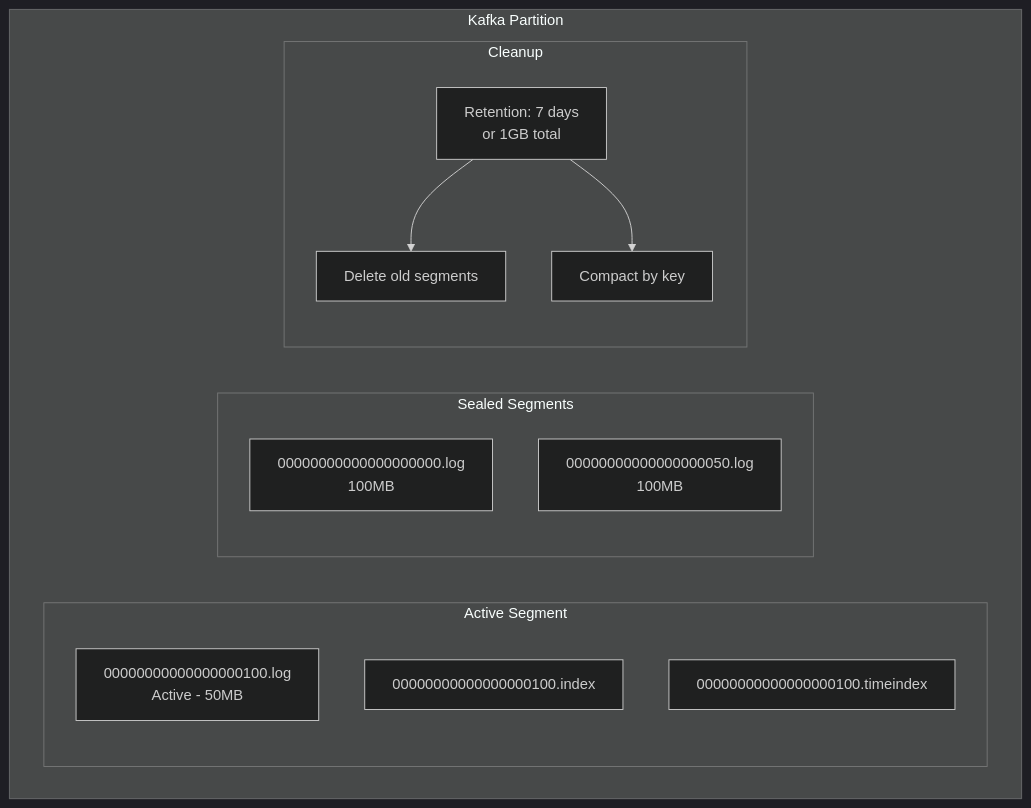
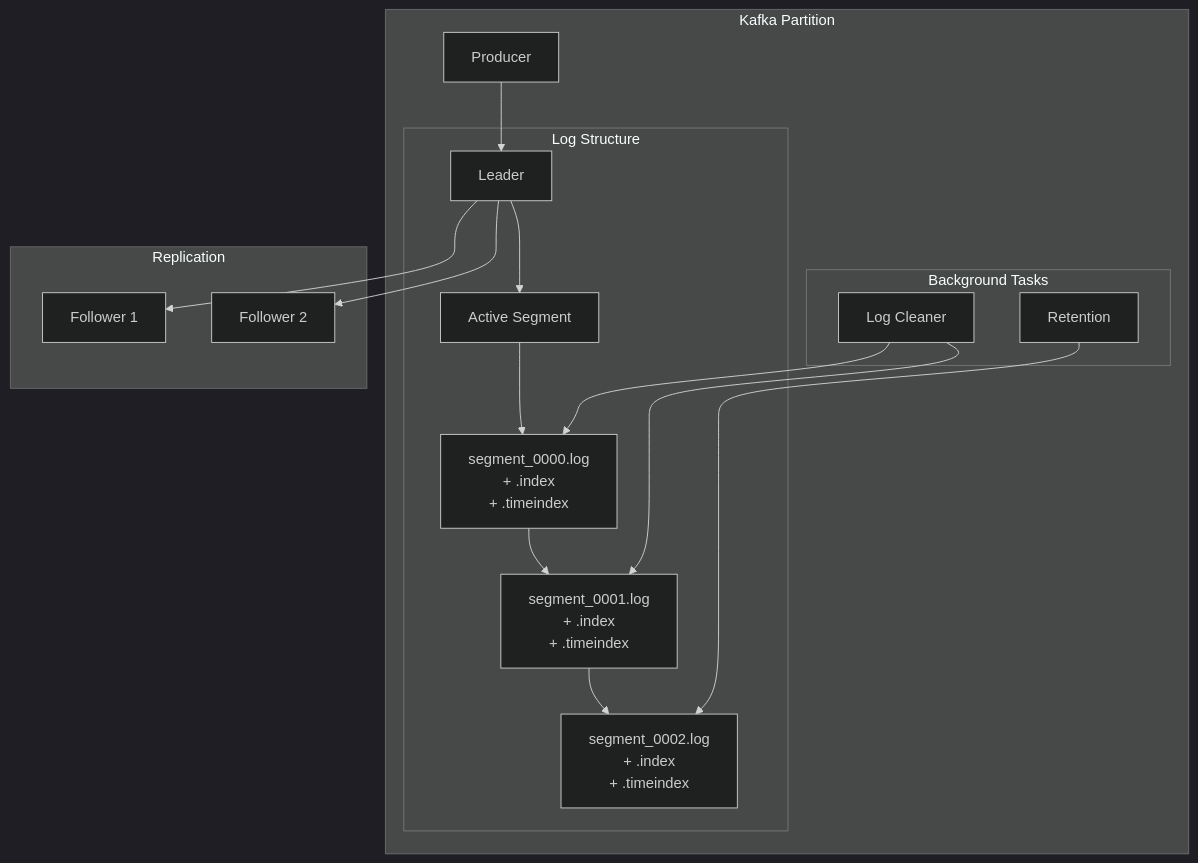
Before and after one commit to deepaucksharma/DStudio: the fourth of 5 diagrams in docs/pattern-library/data-management/segmented-log.md, drawn with Mermaid (dark theme). The commit also changed other lines of this file and 64 other files, not shown here.

````diff
--- a/docs/pattern-library/data-management/segmented-log.md
+++ b/docs/pattern-library/data-management/segmented-log.md
@@ -416,21 +373,24 @@
 ```mermaid
 graph TB
- subgraph "Kafka Partition"
- subgraph "Active Segment"
- AS[00000000000000000100.log<br/>Active - 50MB]
- AI[00000000000000000100.index]
- AT[00000000000000000100.timeindex]
- end
- 
- subgraph "Sealed Segments"
- S1[00000000000000000000.log<br/>100MB]
- S2[00000000000000000050.log<br/>100MB]
- end
- 
- subgraph "Cleanup"
- Policy[Retention: 7 days<br/>or 1GB total]
- Policy --> Delete[Delete old segments]
- Policy --> Compact[Compact by key]
- end
- end
+    subgraph "Kafka Partition"
+        P[Producer] --> L[Leader]
+        
+        subgraph "Log Structure"
+            L --> AS[Active Segment]
+            AS --> S1[segment_0000.log<br/>+ .index<br/>+ .timeindex]
+            S1 --> S2[segment_0001.log<br/>+ .index<br/>+ .timeindex]
+            S2 --> S3[segment_0002.log<br/>+ .index<br/>+ .timeindex]
+        end
+        
+        subgraph "Background Tasks"
+            LC[Log Cleaner] --> S1
+            LC --> S2
+            RET[Retention] --> S3
+        end
+    end
+    
+    subgraph "Replication"
+        L --> F1[Follower 1]
+        L --> F2[Follower 2]
+    end
 ```
````
